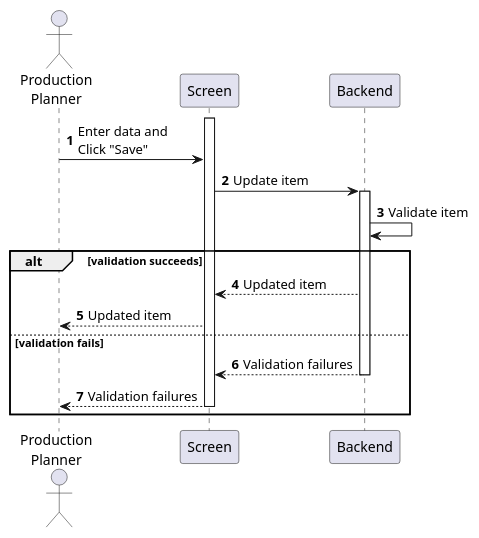
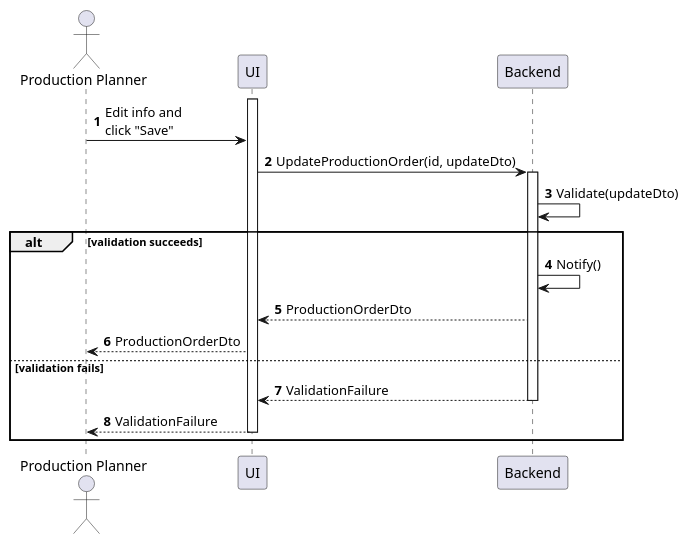
One commit to phihungha/scmss-reqs changed the diagram in sequences/production-order-update.plantuml. Above: the diagram before and after it, drawn with PlantUML. The commit also changed 9 other files, not shown here.

Commit message:
Add production sequences

```diff
--- a/sequences/production-order-update.plantuml
+++ b/sequences/production-order-update.plantuml
@@ -1,22 +1,23 @@
 @startuml production-order-update
 autonumber
 
-actor "Production\nPlanner" as a
-participant Screen as f
+actor "Production Planner" as a
+participant UI as f
 participant Backend as b
 
 activate f
-a -> f : Enter data and\nClick "Save"
-f -> b : Update item
+a -> f : Edit info and\nclick "Save"
+f -> b : UpdateProductionOrder(id, updateDto)
 activate b
-b -> b : Validate item
+b -> b : Validate(updateDto)
 
 alt validation succeeds
-    b --> f : Updated item
-    f --> a : Updated item
+    b -> b : Notify()
+    b --> f : ProductionOrderDto
+    f --> a : ProductionOrderDto
 else validation fails
-    return Validation failures
-    f --> a : Validation failures
+    return ValidationFailure
+    f --> a : ValidationFailure
     deactivate f
 end
 @enduml
```
